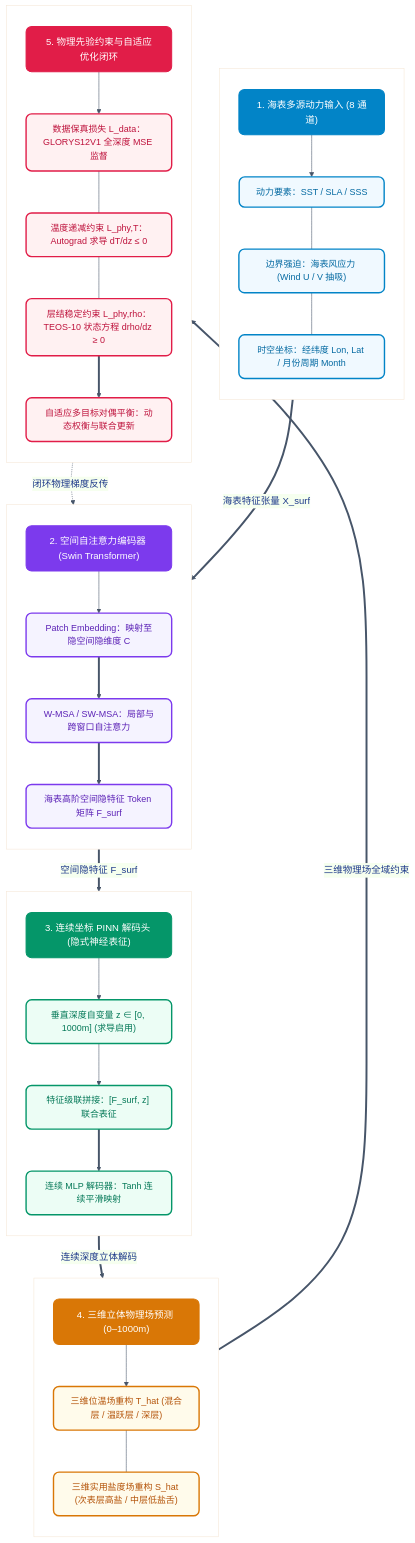
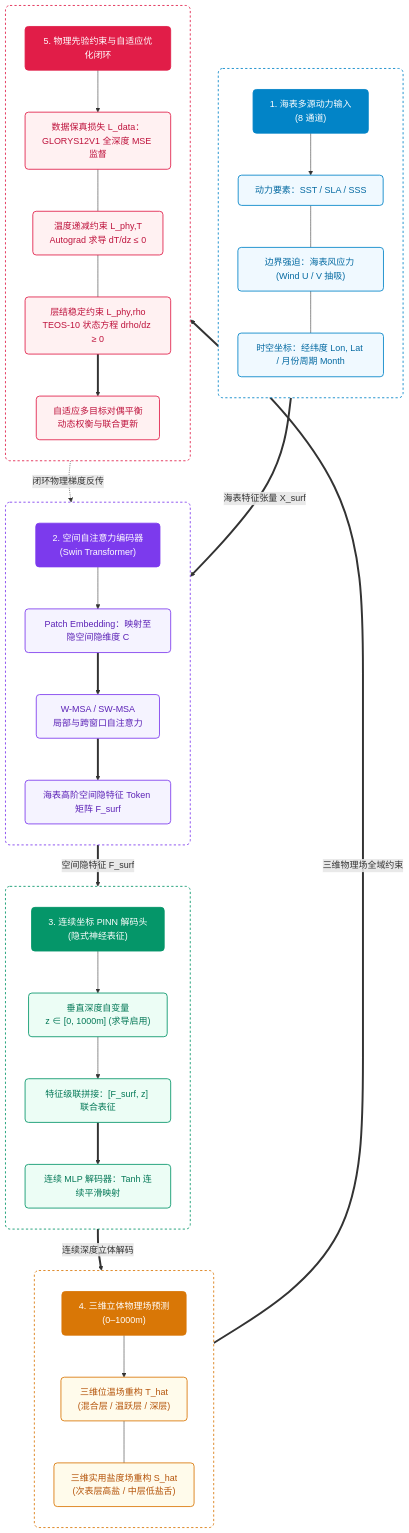
Before and after one commit to ldray857/Pinn-Ocean: the diagram in README.zh.md, drawn with Mermaid. The commit also changed 1 other file, not shown here.

Commit message:
docs: optimize Mermaid architecture flowchart styling and fix text clipping on GitHub

````diff
--- a/README.zh.md
+++ b/README.zh.md
@@ -55,9 +55,26 @@
 ```mermaid
-%%{init: {'theme': 'base', 'themeVariables': { 'fontSize': '17px', 'fontFamily': 'system-ui, -apple-system, sans-serif', 'primaryColor': '#eff6ff', 'primaryBorderColor': '#3b82f6', 'primaryTextColor': '#1e3a8a', 'lineColor': '#475569' }}}%%
+%%{init: {
+  'theme': 'base',
+  'themeVariables': {
+    'background': '#FFFFFF',
+    'primaryColor': '#FFFFFF',
+    'primaryBorderColor': '#CBD5E1',
+    'primaryTextColor': '#0F172A',
+    'secondaryColor': '#F8FAFC',
+    'tertiaryColor': '#FFFFFF',
+    'mainBkg': '#FFFFFF',
+    'clusterBkg': '#FFFFFF',
+    'clusterBorder': '#E2E8F0',
+    'lineColor': '#475569',
+    'textColor': '#0F172A',
+    'edgeLabelBackground': '#FFFFFF',
+    'fontFamily': 'system-ui, -apple-system, BlinkMacSystemFont, "Segoe UI", Roboto, sans-serif'
+  }
+}}%%
 flowchart TD
     subgraph S1 [" "]
         direction TB
-        H1["1. 海表多源动力输入 (8 通道)"]
+        H1["1. 海表多源动力输入<br/>(8 通道)"]
         I1["动力要素：SST / SLA / SSS"]
         I2["边界强迫：海表风应力 (Wind U / V 抽吸)"]
         I3["时空坐标：经纬度 Lon, Lat / 月份周期 Month"]
@@ -66,17 +83,17 @@
 
     subgraph S2 [" "]
         direction TB
-        H2["2. 空间自注意力编码器 (Swin Transformer)"]
+        H2["2. 空间自注意力编码器<br/>(Swin Transformer)"]
         E1["Patch Embedding：映射至隐空间隐维度 C"]
-        E2["W-MSA / SW-MSA：局部与跨窗口自注意力"]
+        E2["W-MSA / SW-MSA<br/>局部与跨窗口自注意力"]
         E3["海表高阶空间隐特征 Token 矩阵 F_surf"]
         H2 --> E1 ==> E2 ==> E3
     end
 
     subgraph S3 [" "]
         direction TB
-        H3["3. 连续坐标 PINN 解码头 (隐式神经表征)"]
-        D1["垂直深度自变量 z ∈ [0, 1000m] (求导启用)"]
+        H3["3. 连续坐标 PINN 解码头<br/>(隐式神经表征)"]
+        D1["垂直深度自变量<br/>z ∈ [0, 1000m] (求导启用)"]
         D2["特征级联拼接：[F_surf, z] 联合表征"]
         D3["连续 MLP 解码器：Tanh 连续平滑映射"]
         H3 --> D1 --> D2 ==> D3
@@ -84,9 +101,9 @@
 
     subgraph S4 [" "]
         direction TB
-        H4["4. 三维立体物理场预测 (0–1000m)"]
-        O1["三维位温场重构 T_hat (混合层 / 温跃层 / 深层)"]
-        O2["三维实用盐度场重构 S_hat (次表层高盐 / 中层低盐舌)"]
+        H4["4. 三维立体物理场预测<br/>(0–1000m)"]
+        O1["三维位温场重构 T_hat<br/>(混合层 / 温跃层 / 深层)"]
+        O2["三维实用盐度场重构 S_hat<br/>(次表层高盐 / 中层低盐舌)"]
         H4 --> O1 --- O2
     end
 
@@ -94,9 +111,9 @@
         direction TB
         H5["5. 物理先验约束与自适应优化闭环"]
         P1["数据保真损失 L_data：GLORYS12V1 全深度 MSE 监督"]
-        P2["温度递减约束 L_phy,T：Autograd 求导 dT/dz ≤ 0"]
-        P3["层结稳定约束 L_phy,rho：TEOS-10 状态方程 drho/dz ≥ 0"]
-        Opt["自适应多目标对偶平衡：动态权衡与联合更新"]
+        P2["温度递减约束 L_phy,T<br/>Autograd 求导 dT/dz ≤ 0"]
+        P3["层结稳定约束 L_phy,rho<br/>TEOS-10 状态方程 drho/dz ≥ 0"]
+        Opt["自适应多目标对偶平衡<br/>动态权衡与联合更新"]
         H5 --> P1 --- P2 --- P3 ==> Opt
     end
 
@@ -106,18 +123,23 @@
     O2 ==>|三维物理场全域约束| H5
     Opt -. 闭环物理梯度反传 .-> H2
 
-    classDef default font-size:16px;
-    classDef headStyle1 fill:#0284C7,stroke:#0284C7,stroke-width:1.8px,color:#FFFFFF,rx:10px,ry:10px,font-size:17px,font-weight:normal;
-    classDef headStyle2 fill:#7C3AED,stroke:#7C3AED,stroke-width:1.8px,color:#FFFFFF,rx:10px,ry:10px,font-size:17px,font-weight:normal;
-    classDef headStyle3 fill:#059669,stroke:#059669,stroke-width:1.8px,color:#FFFFFF,rx:10px,ry:10px,font-size:17px,font-weight:normal;
-    classDef headStyle4 fill:#D97706,stroke:#D97706,stroke-width:1.8px,color:#FFFFFF,rx:10px,ry:10px,font-size:17px,font-weight:normal;
-    classDef headStyle5 fill:#E11D48,stroke:#E11D48,stroke-width:1.8px,color:#FFFFFF,rx:10px,ry:10px,font-size:17px,font-weight:normal;
+    style S1 fill:#FFFFFF,stroke:#0284C7,stroke-width:1.5px,stroke-dasharray: 4 4,rx:8px,ry:8px
+    style S2 fill:#FFFFFF,stroke:#7C3AED,stroke-width:1.5px,stroke-dasharray: 4 4,rx:8px,ry:8px
+    style S3 fill:#FFFFFF,stroke:#059669,stroke-width:1.5px,stroke-dasharray: 4 4,rx:8px,ry:8px
+    style S4 fill:#FFFFFF,stroke:#D97706,stroke-width:1.5px,stroke-dasharray: 4 4,rx:8px,ry:8px
+    style S5 fill:#FFFFFF,stroke:#E11D48,stroke-width:1.5px,stroke-dasharray: 4 4,rx:8px,ry:8px
 
-    classDef inputStyle fill:#F0F9FF,stroke:#0284C7,stroke-width:2.5px,color:#0369A1,rx:10px,ry:10px,font-size:16px,font-weight:normal;
-    classDef encStyle fill:#F5F3FF,stroke:#7C3AED,stroke-width:2.5px,color:#5B21B6,rx:10px,ry:10px,font-size:16px,font-weight:normal;
-    classDef pinnStyle fill:#ECFDF5,stroke:#059669,stroke-width:2.5px,color:#047857,rx:10px,ry:10px,font-size:16px,font-weight:normal;
-    classDef outStyle fill:#FFFBEB,stroke:#D97706,stroke-width:2.5px,color:#B45309,rx:10px,ry:10px,font-size:16px,font-weight:normal;
-    classDef phyStyle fill:#FFF1F2,stroke:#E11D48,stroke-width:2.5px,color:#BE123C,rx:10px,ry:10px,font-size:16px,font-weight:normal;
+    classDef headStyle1 fill:#0284C7,stroke:#0284C7,stroke-width:1.5px,color:#FFFFFF,rx:6px,ry:6px;
+    classDef headStyle2 fill:#7C3AED,stroke:#7C3AED,stroke-width:1.5px,color:#FFFFFF,rx:6px,ry:6px;
+    classDef headStyle3 fill:#059669,stroke:#059669,stroke-width:1.5px,color:#FFFFFF,rx:6px,ry:6px;
+    classDef headStyle4 fill:#D97706,stroke:#D97706,stroke-width:1.5px,color:#FFFFFF,rx:6px,ry:6px;
+    classDef headStyle5 fill:#E11D48,stroke:#E11D48,stroke-width:1.5px,color:#FFFFFF,rx:6px,ry:6px;
+
+    classDef inputStyle fill:#F0F9FF,stroke:#0284C7,stroke-width:1.5px,color:#0369A1,rx:6px,ry:6px;
+    classDef encStyle fill:#F5F3FF,stroke:#7C3AED,stroke-width:1.5px,color:#5B21B6,rx:6px,ry:6px;
+    classDef pinnStyle fill:#ECFDF5,stroke:#059669,stroke-width:1.5px,color:#047857,rx:6px,ry:6px;
+    classDef outStyle fill:#FFFBEB,stroke:#D97706,stroke-width:1.5px,color:#B45309,rx:6px,ry:6px;
+    classDef phyStyle fill:#FFF1F2,stroke:#E11D48,stroke-width:1.5px,color:#BE123C,rx:6px,ry:6px;
 
     class H1 headStyle1;
     class H2 headStyle2;
````
